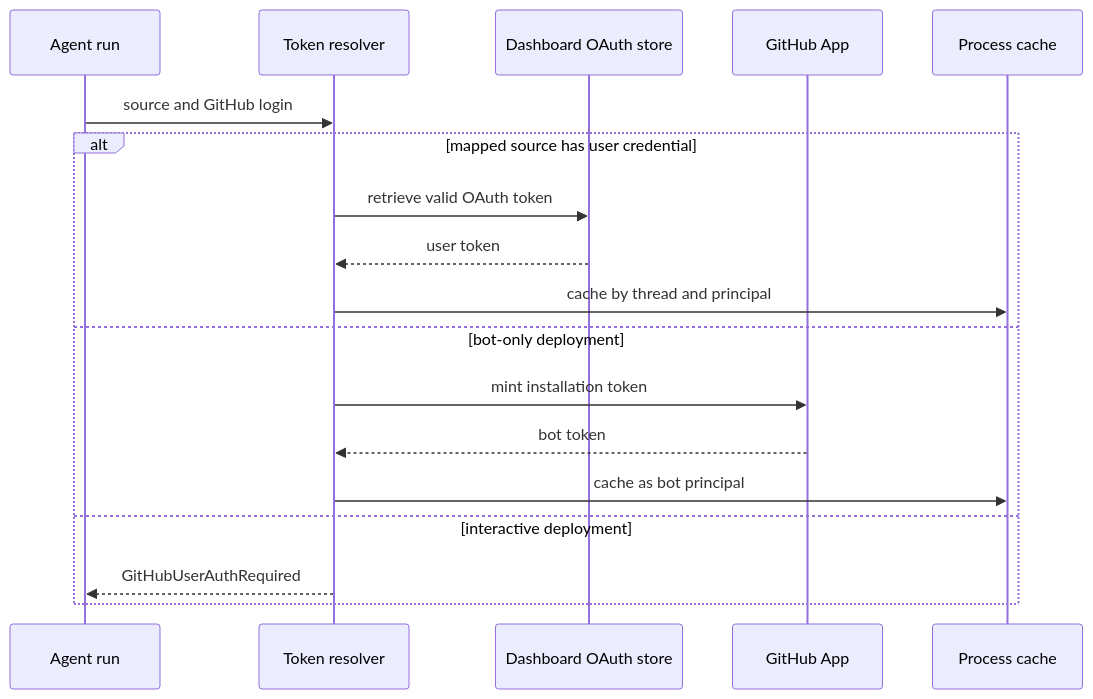
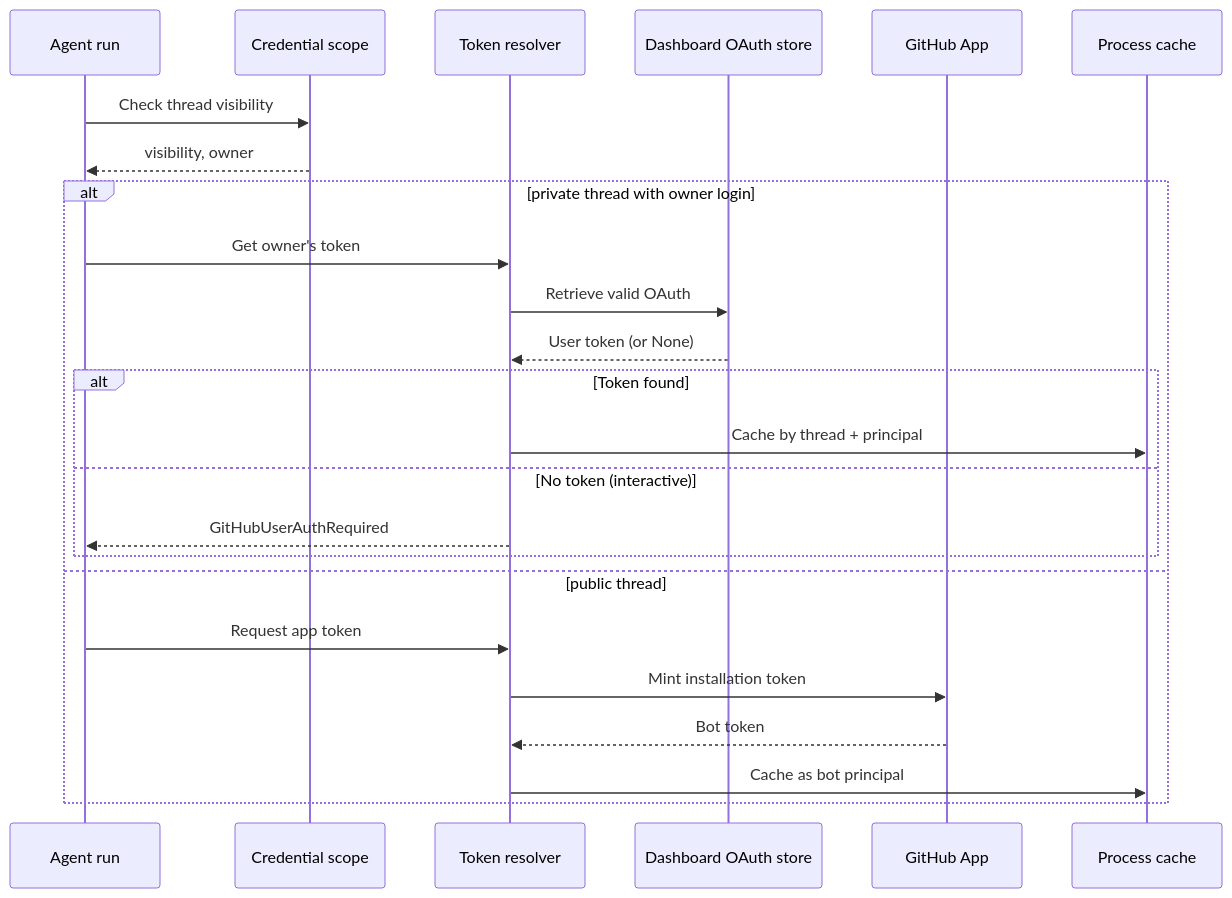
The diagram in openwiki/concepts/auth-and-security.md (aeteq/open-swe), drawn with Mermaid before and after one commit. The commit also changed other lines of this file and 46 other files, not shown here.

````diff
--- a/openwiki/concepts/auth-and-security.md
+++ b/openwiki/concepts/auth-and-security.md
@@ -81,21 +75,27 @@
 ```mermaid
 sequenceDiagram
     participant Run as Agent run
+    participant Scope as Credential scope
     participant Resolver as Token resolver
     participant Store as Dashboard OAuth store
     participant App as GitHub App
     participant Cache as Process cache
 
-    Run->>Resolver: source and GitHub login
-    alt mapped source has user credential
-        Resolver->>Store: retrieve valid OAuth token
-        Store-->>Resolver: user token
-        Resolver->>Cache: cache by thread and principal
-    else bot-only deployment
-        Resolver->>App: mint installation token
-        App-->>Resolver: bot token
-        Resolver->>Cache: cache as bot principal
-    else interactive deployment
-        Resolver-->>Run: GitHubUserAuthRequired
+    Run->>Scope: Check thread visibility
+    Scope-->>Run: visibility, owner
+    alt private thread with owner login
+        Run->>Resolver: Get owner's token
+        Resolver->>Store: Retrieve valid OAuth
+        Store-->>Resolver: User token (or None)
+        alt Token found
+            Resolver->>Cache: Cache by thread + principal
+        else No token (interactive)
+            Resolver-->>Run: GitHubUserAuthRequired
+        end
+    else public thread
+        Run->>Resolver: Request app token
+        Resolver->>App: Mint installation token
+        App-->>Resolver: Bot token
+        Resolver->>Cache: Cache as bot principal
     end
 ```
````
